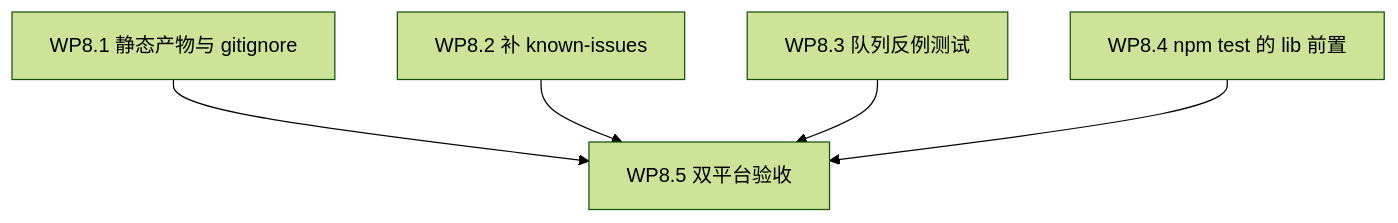
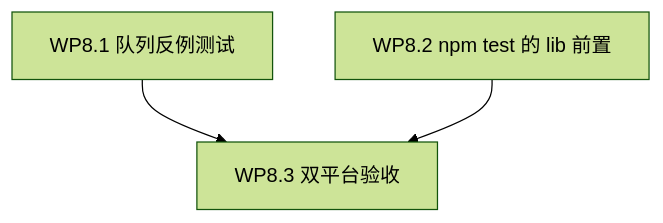
The diagram in docs/task-plan.md (alicia1030su/ai-debate), drawn with Mermaid (forest theme) before and after one commit. The commit also changed other lines of this file and 205 other files, not shown here.

Commit message:
test: each suite builds what it needs, so npm test works from a fresh checkout

````diff
--- a/docs/task-plan.md
+++ b/docs/task-plan.md
@@ -122,7 +103,5 @@
 ```mermaid
 graph TD
-  WP81[WP8.1 静态产物与 gitignore] --> WP85[WP8.5 双平台验收]
-  WP82[WP8.2 补 known-issues] --> WP85
-  WP83[WP8.3 队列反例测试] --> WP85
-  WP84[WP8.4 npm test 的 lib 前置] --> WP85
+  WP81[WP8.1 队列反例测试] --> WP83[WP8.3 双平台验收]
+  WP82[WP8.2 npm test 的 lib 前置] --> WP83
 ```
````
